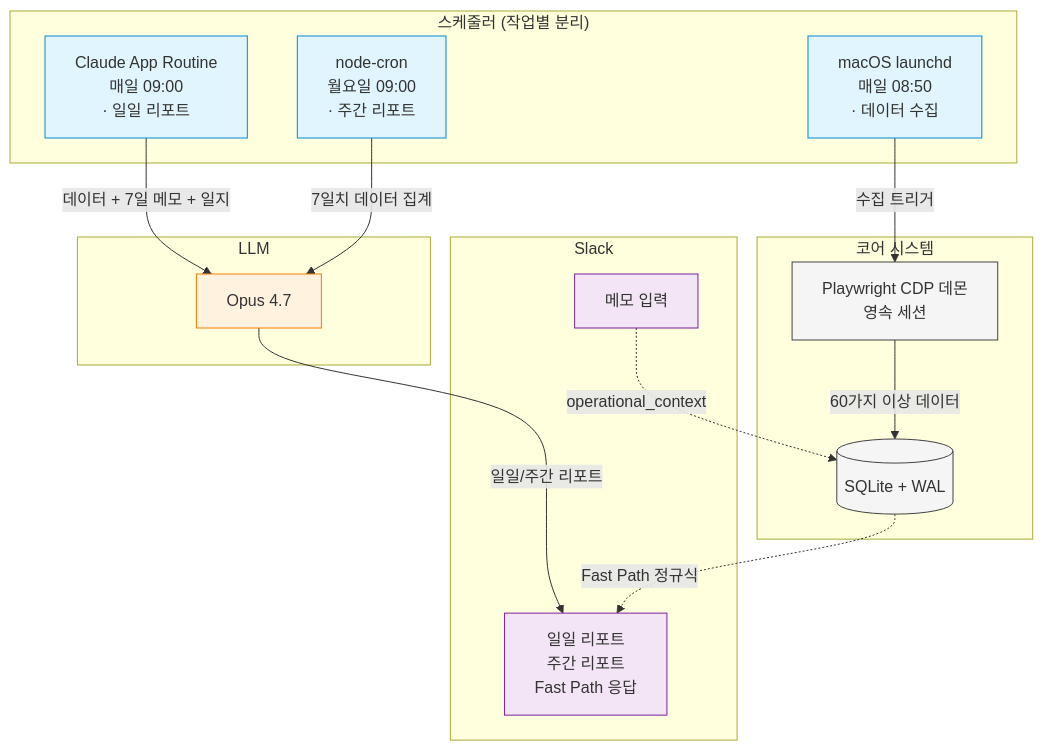
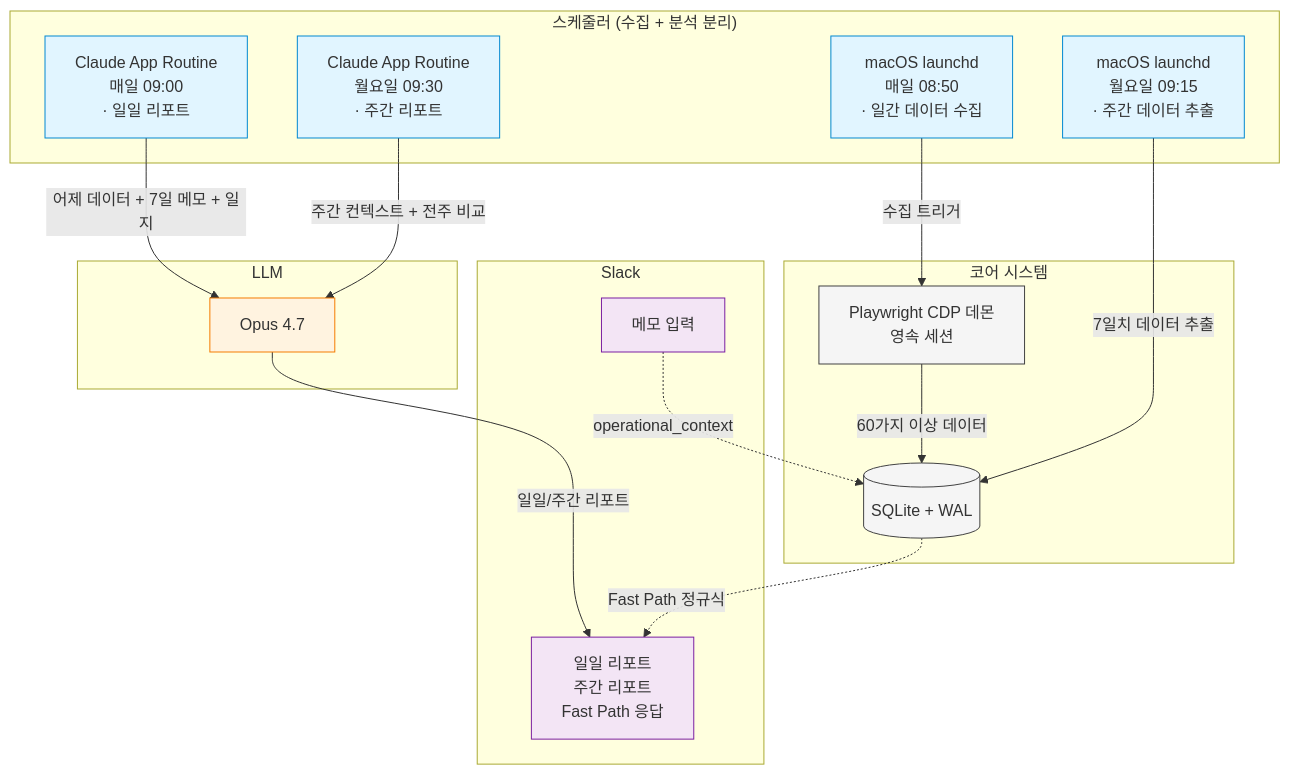
The second of 2 diagrams in README.md (hyewon3938/commerce-agents), drawn with Mermaid before and after one commit. The commit also changed other lines of this file, not shown here.

First line of the commit message:
docs: 주간 리포트 스케줄러 갱신 — node-cron 라인 제거, launchd + Routine 4개 트리거로 정정

````diff
--- a/README.md
+++ b/README.md
@@ -128,39 +128,41 @@
 ```mermaid
 graph TB
-    subgraph Schedulers["스케줄러 (작업별 분리)"]
-        L["macOS launchd<br/>매일 08:50<br/>· 데이터 수집"]
+    subgraph Schedulers["스케줄러 (수집 + 분석 분리)"]
+        L["macOS launchd<br/>매일 08:50<br/>· 일간 데이터 수집"]
         R["Claude App Routine<br/>매일 09:00<br/>· 일일 리포트"]
-        C["node-cron<br/>월요일 09:00<br/>· 주간 리포트"]
+        LW["macOS launchd<br/>월요일 09:15<br/>· 주간 데이터 추출"]
+        RW["Claude App Routine<br/>월요일 09:30<br/>· 주간 리포트"]
     end
 
     subgraph Core["코어 시스템"]
         DM[Playwright CDP 데몬<br/>영속 세션]
         DB[(SQLite + WAL)]
     end
 
     subgraph LLM["LLM"]
         O[Opus 4.7]
     end
 
     subgraph SlackLayer["Slack"]
         IN[메모 입력]
         OUT["일일 리포트<br/>주간 리포트<br/>Fast Path 응답"]
     end
 
     L -->|수집 트리거| DM
     DM -->|60가지 이상 데이터| DB
-    R -->|데이터 + 7일 메모 + 일지| O
-    C -->|7일치 데이터 집계| O
+    R -->|어제 데이터 + 7일 메모 + 일지| O
+    LW -->|7일치 데이터 추출| DB
+    RW -->|주간 컨텍스트 + 전주 비교| O
     O -->|일일/주간 리포트| OUT
     IN -.->|operational_context| DB
     DB -.->|Fast Path 정규식| OUT
 
     classDef sched fill:#e1f5ff,stroke:#0288d1
     classDef core fill:#f5f5f5,stroke:#424242
     classDef llm fill:#fff3e0,stroke:#f57c00
     classDef slack fill:#f3e5f5,stroke:#7b1fa2
-    class L,R,C sched
+    class L,R,LW,RW sched
     class DM,DB core
     class O llm
     class IN,OUT slack
 ```
````
